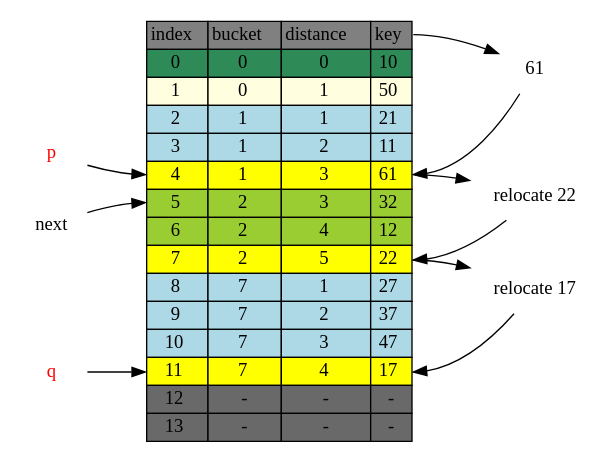
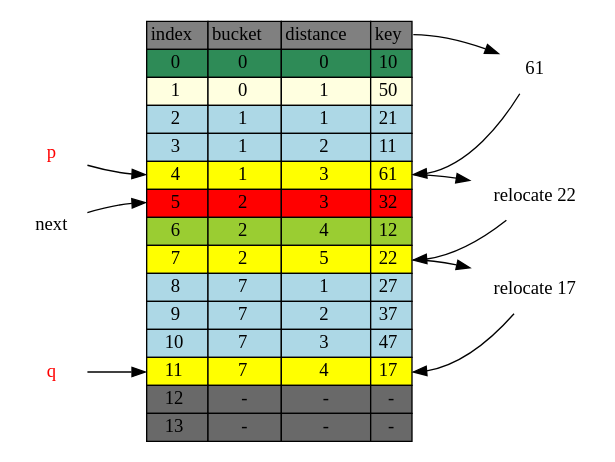
Before and after one commit to jasonlue/digest: the diagram in hashing/cluster-insert-61-adjust-5.dot, drawn with Graphviz. The commit also changed 12 other files, not shown here.

```diff
--- a/hashing/cluster-insert-61-adjust-5.dot
+++ b/hashing/cluster-insert-61-adjust-5.dot
@@ -1,109 +1,109 @@
 digraph table{
     rankdir=LR
     node[shape=plaintext]
 
      table[label=<
         <TABLE BORDER="0" CELLBORDER="1" CELLSPACING="0">
             <TR>
                 <TD BGCOLOR="grey">index</TD>
                 <TD BGCOLOR="grey">bucket</TD>
                 <TD BGCOLOR="grey">distance</TD>
                 <TD BGCOLOR="grey" PORT="k">key</TD>
             </TR>           
             <TR>
                 <TD BGCOLOR="seagreen" PORT="i0">0</TD>
                 <TD BGCOLOR="seagreen">0</TD>
                 <TD BGCOLOR="seagreen">0</TD>
                 <TD BGCOLOR="seagreen" PORT="k0">10</TD>
             </TR>           
             <TR>
                 <TD BGCOLOR="lightyellow" PORT="i1">1</TD>
                 <TD BGCOLOR="lightyellow">0</TD>
                 <TD BGCOLOR="lightyellow">1</TD>
                 <TD BGCOLOR="lightyellow" PORT="k1">50</TD>
             </TR>           
             <TR>
                 <TD BGCOLOR="lightblue" PORT="i2">2</TD>
                 <TD BGCOLOR="lightblue">1</TD>
                 <TD BGCOLOR="lightblue">1</TD>
                 <TD BGCOLOR="lightblue" PORT="k2">21</TD>
             </TR>           
             <TR>
                 <TD BGCOLOR="lightblue" PORT="i3">3</TD>
                 <TD BGCOLOR="lightblue">1</TD>
                 <TD BGCOLOR="lightblue">2</TD>
                 <TD BGCOLOR="lightblue" PORT="k3">11</TD>
             </TR>           
             <TR>
                 <TD BGCOLOR="yellow" PORT="i4">4</TD>
                 <TD BGCOLOR="yellow">1</TD>
                 <TD BGCOLOR="yellow">3</TD>
                 <TD BGCOLOR="yellow" PORT="k4">61</TD>
             </TR>           
-            <TR>
-                <TD BGCOLOR="yellowgreen" PORT="i5">5</TD>
-                <TD BGCOLOR="yellowgreen">2</TD>
-                <TD BGCOLOR="yellowgreen">3</TD>
-                <TD BGCOLOR="yellowgreen" PORT="k5">32</TD>
+            <TR >
+                <TD BGCOLOR="red" PORT="i5">5</TD>
+                <TD BGCOLOR="red">2</TD>
+                <TD BGCOLOR="red">3</TD>
+                <TD BGCOLOR="red" PORT="k5">32</TD>
             </TR>
             <TR>
                 <TD BGCOLOR="yellowgreen" PORT="i6">6</TD>
                 <TD BGCOLOR="yellowgreen">2</TD>
                 <TD BGCOLOR="yellowgreen">4</TD>
                 <TD BGCOLOR="yellowgreen" PORT="k6">12</TD> 
             </TR>           
             <TR>
                 <TD BGCOLOR="yellow" PORT="i7">7</TD>
                 <TD BGCOLOR="yellow">2</TD>
                 <TD BGCOLOR="yellow">5</TD>
                 <TD BGCOLOR="yellow" PORT="k7">22</TD>
             </TR>           
             <TR>
                 <TD BGCOLOR="lightblue" PORT="i8">8</TD>
                 <TD BGCOLOR="lightblue">7</TD>
                 <TD BGCOLOR="lightblue">1</TD>
                 <TD BGCOLOR="lightblue" PORT="k8">27</TD>
             </TR>           
             <TR>
                 <TD BGCOLOR="lightblue" PORT="i9">9</TD>
                 <TD BGCOLOR="lightblue">7</TD>
                 <TD BGCOLOR="lightblue">2</TD>
                 <TD BGCOLOR="lightblue" PORT="k9">37</TD>
             </TR>           
             <TR>
                 <TD BGCOLOR="lightblue" PORT="i10">10</TD>
                 <TD BGCOLOR="lightblue">7</TD>
                 <TD BGCOLOR="lightblue">3</TD>
                 <TD BGCOLOR="lightblue" PORT="k10">47</TD>
             </TR>           
             <TR>
                 <TD BGCOLOR="yellow" PORT="i11">11</TD>
                 <TD BGCOLOR="yellow">7</TD>
                 <TD BGCOLOR="yellow">4</TD>
                 <TD BGCOLOR="yellow" PORT="k11">17</TD>
             </TR>           
             <TR>
                 <TD BGCOLOR="dimgrey" PORT="i12">12</TD>
                 <TD BGCOLOR="dimgrey">-</TD>
                 <TD BGCOLOR="dimgrey">-</TD>
                 <TD BGCOLOR="dimgrey" PORT="k12">-</TD>
             </TR>           
             <TR>
                 <TD BGCOLOR="dimgrey" PORT="i13">13</TD>
                 <TD BGCOLOR="dimgrey">-</TD>
                 <TD BGCOLOR="dimgrey">-</TD>
                 <TD BGCOLOR="dimgrey" PORT="k13">-</TD>
             </TR>           
         </TABLE>
     >]
 
  table:k->"61"->table:k4
 
  table:k4->"relocate 22" -> table:k7 -> "relocate 17" ->table:k11
 
 p [fontcolor="red"]
 q [fontcolor="red"]
  p -> table:i4
  q -> table:i11
  "next" -> table:i5
  }
```
